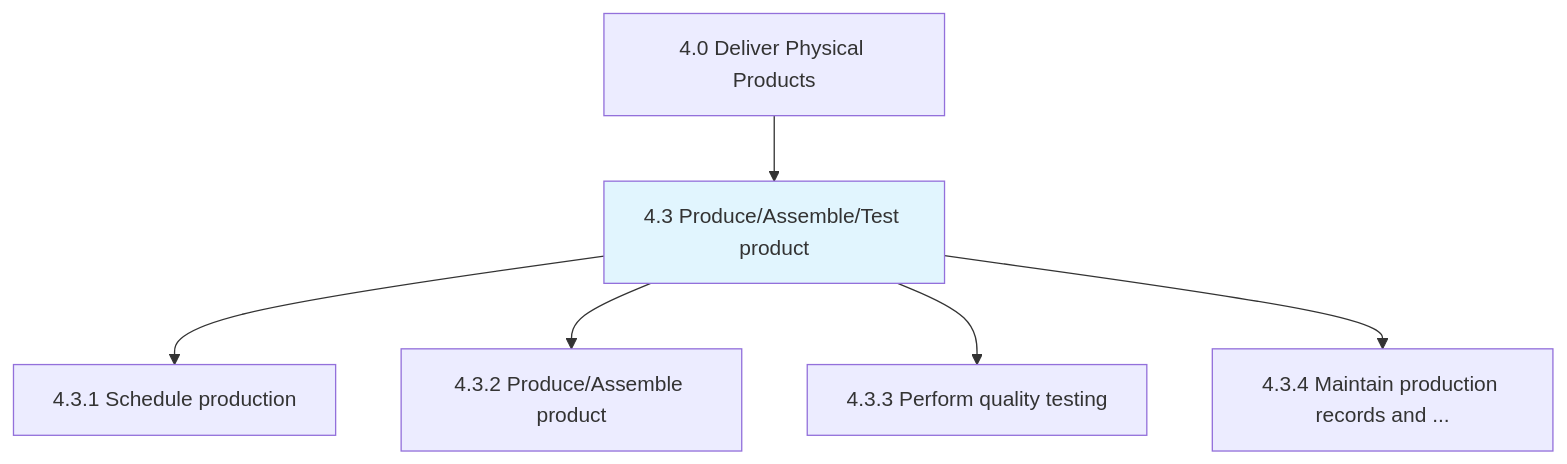
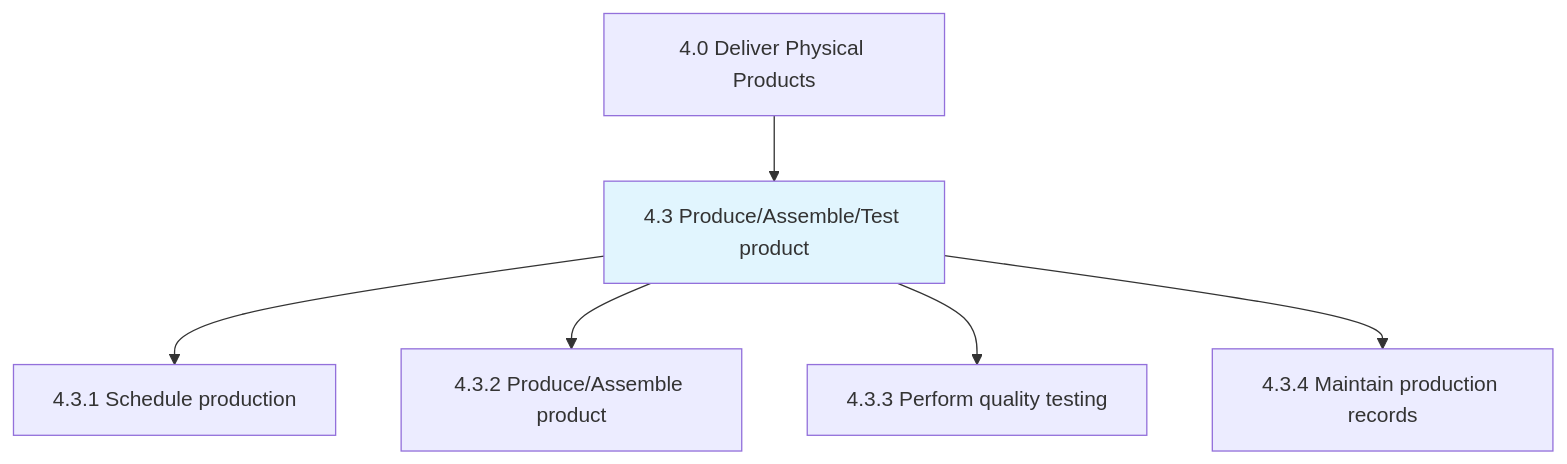
The first of 2 diagrams in processes/04-Delivery/4.3-ProduceAssembleTestProduct/index.mdx (kziemski/business.org.ai), drawn with Mermaid before and after one commit. The commit also changed other lines of this file and 885 other files, not shown here.

````diff
--- a/processes/04-Delivery/4.3-ProduceAssembleTestProduct/index.mdx
+++ b/processes/04-Delivery/4.3-ProduceAssembleTestProduct/index.mdx
@@ -25,10 +25,10 @@
 ```mermaid
 graph TD
     C4["4.0 Deliver Physical Products"]
     C4 --> N4_3["4.3 Produce/Assemble/Test product"]
     style N4_3 fill:#e1f5fe
     N4_3 --> N4_3_1["4.3.1 Schedule production"]
     N4_3 --> N4_3_2["4.3.2 Produce/Assemble product"]
     N4_3 --> N4_3_3["4.3.3 Perform quality testing"]
-    N4_3 --> N4_3_4["4.3.4 Maintain production records and ..."]
+    N4_3 --> N4_3_4["4.3.4 Maintain production records"]
 ```
````
